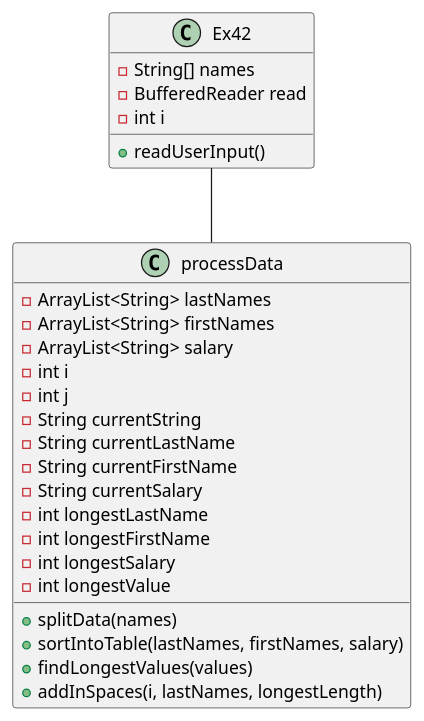
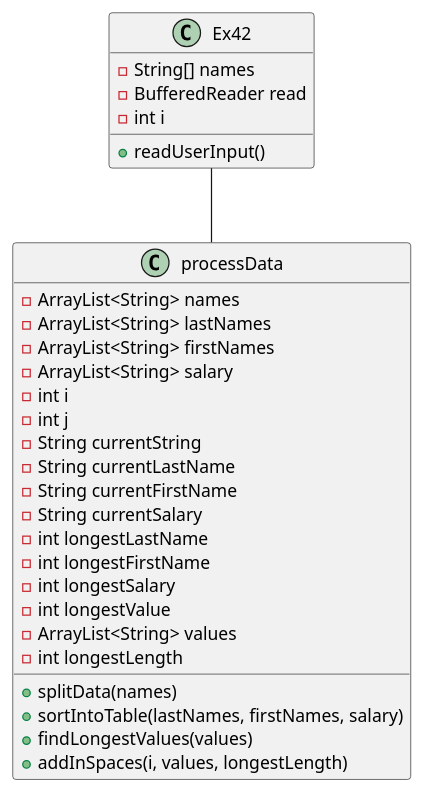
The diagram in src/main/java/oop/example/Ex42/Ex42_UML.puml (Kmullens1/mullens-cop3330-assignment3), drawn with PlantUML before and after one commit. The commit also changed 2 other files, not shown here.

```diff
--- a/src/main/java/oop/example/Ex42/Ex42_UML.puml
+++ b/src/main/java/oop/example/Ex42/Ex42_UML.puml
@@ -1,35 +1,38 @@
 @startuml
 'https://plantuml.com/sequence-diagram
 
 class Ex42{
     -String[] names
     -BufferedReader read
     -int i
 
     +readUserInput()
 }
 
 class processData{
+    -ArrayList<String> names
     -ArrayList<String> lastNames
     -ArrayList<String> firstNames
     -ArrayList<String> salary
     -int i
     -int j
     -String currentString
     -String currentLastName
     -String currentFirstName
     -String currentSalary
     -int longestLastName
     -int longestFirstName
     -int longestSalary
     -int longestValue
+    -ArrayList<String> values
+    -int longestLength
 
     +splitData(names)
     +sortIntoTable(lastNames, firstNames, salary)
     +findLongestValues(values)
-    +addInSpaces(i, lastNames, longestLength)
+    +addInSpaces(i, values, longestLength)
 }
 
 Ex42 -- processData
 
 @enduml
```
